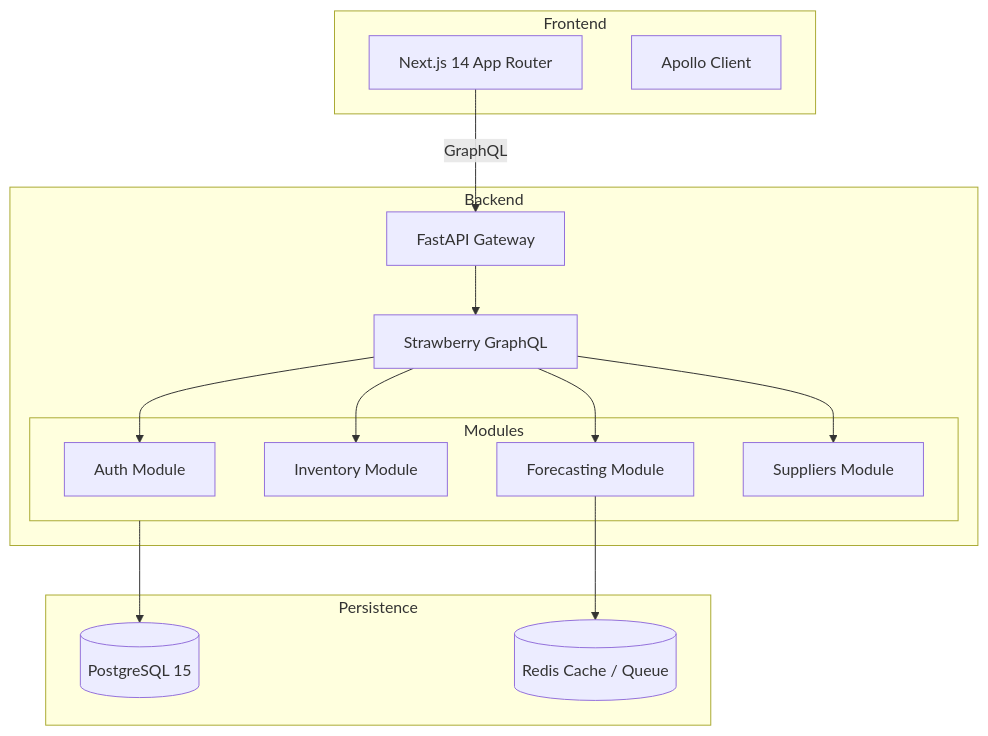
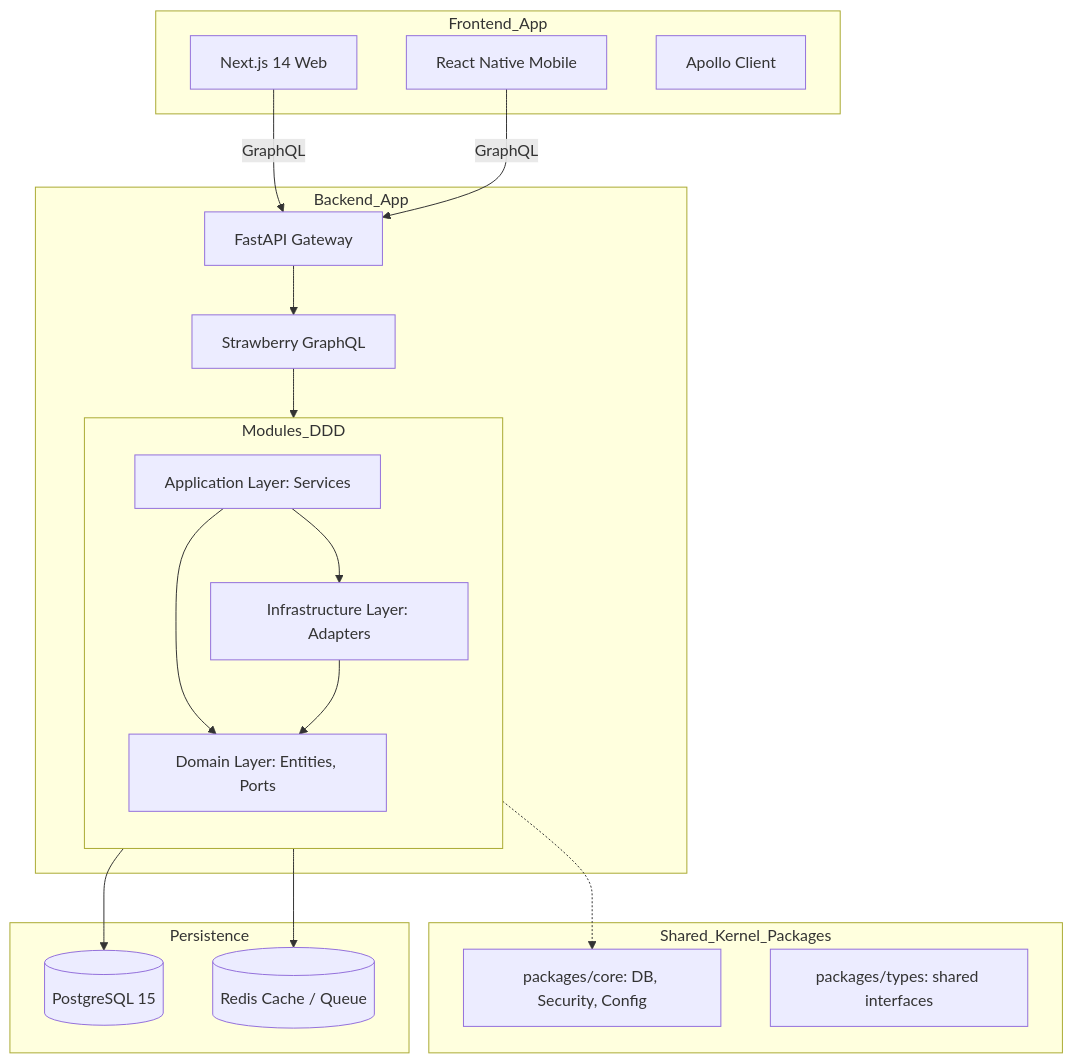
One commit to drixsty/michi changed the first of 2 diagrams in docs-site/docs/architecture/overview.md. Above: the diagram before and after it, drawn with Mermaid. The commit also changed 258 other files, not shown here.

First line of the commit message:
refactor(api): finalize hexagonal architecture and stabilize mobile app

````diff
--- a/docs-site/docs/architecture/overview.md
+++ b/docs-site/docs/architecture/overview.md
@@ -14,34 +14,42 @@
 ```mermaid
 graph TD
-    subgraph Frontend
-        WEB[Next.js 14 App Router]
+    subgraph Frontend_App
+        WEB[Next.js 14 Web]
+        MOBILE[React Native Mobile]
         APOLLO[Apollo Client]
     end
 
-    subgraph Backend
+    subgraph Backend_App
         FAST[FastAPI Gateway]
         STRAW[Strawberry GraphQL]
         
-        subgraph Modules
-            AUTH[Auth Module]
-            INV[Inventory Module]
-            FORE[Forecasting Module]
-            SUP[Suppliers Module]
+        subgraph Modules_DDD
+            direction TB
+            DOMAIN[Domain Layer: Entities, Ports]
+            APP[Application Layer: Services]
+            INFRA[Infrastructure Layer: Adapters]
         end
+    end
+
+    subgraph Shared_Kernel_Packages
+        CORE[packages/core: DB, Security, Config]
+        TYPES[packages/types: shared interfaces]
     end
 
     subgraph Persistence
         PG[(PostgreSQL 15)]
         REDIS[(Redis Cache / Queue)]
     end
 
     WEB -->|GraphQL| FAST
+    MOBILE -->|GraphQL| FAST
     FAST --> STRAW
-    STRAW --> AUTH
-    STRAW --> INV
-    STRAW --> FORE
-    STRAW --> SUP
+    STRAW --> APP
+    APP --> DOMAIN
+    INFRA --> DOMAIN
+    APP --> INFRA
     
-    Modules --> PG
-    FORE --> REDIS
+    Modules_DDD -.-> CORE
+    Modules_DDD --> PG
+    APP --> REDIS
 ```
````
